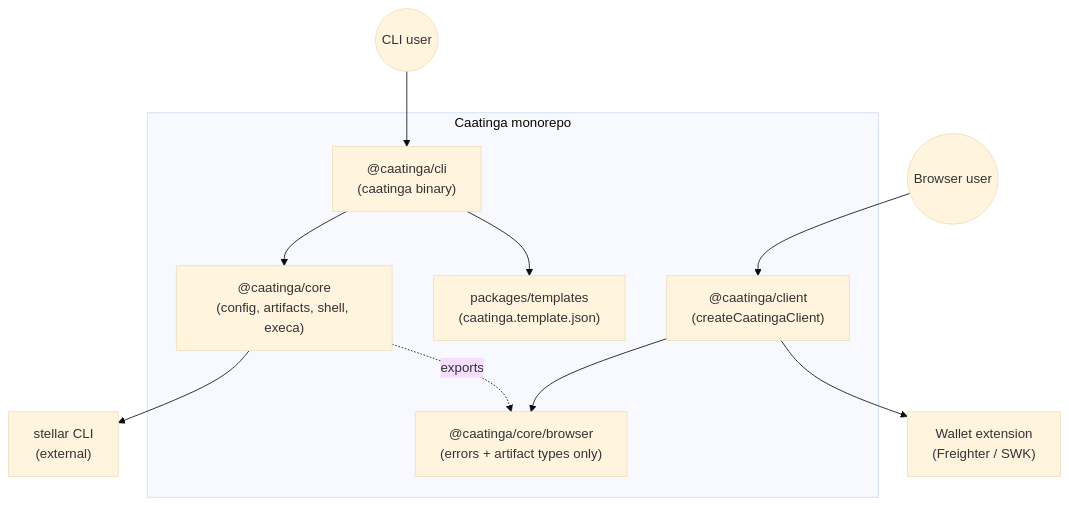
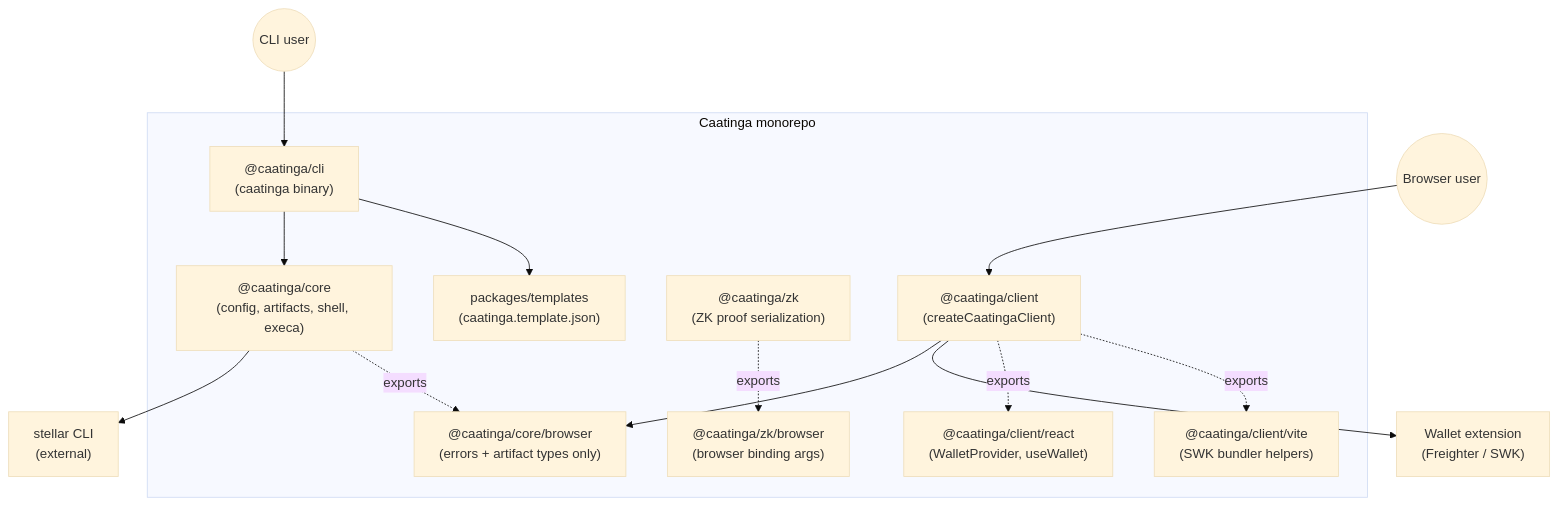
Before and after one commit to Dione-b/caatinga: the second of 2 diagrams in docs/architecture.md, drawn with Mermaid (base theme). The commit also changed other lines of this file and 14 other files, not shown here.

````diff
--- a/docs/architecture.md
+++ b/docs/architecture.md
@@ -98,25 +97,32 @@
 ```mermaid
 graph TD
   user((CLI user))
   dev((Browser user))
 
   subgraph monorepo[Caatinga monorepo]
     cli["@caatinga/cli<br/>(caatinga binary)"]
     core["@caatinga/core<br/>(config, artifacts, shell, execa)"]
     coreBrowser["@caatinga/core/browser<br/>(errors + artifact types only)"]
     client["@caatinga/client<br/>(createCaatingaClient)"]
+    clientReact["@caatinga/client/react<br/>(WalletProvider, useWallet)"]
+    clientVite["@caatinga/client/vite<br/>(SWK bundler helpers)"]
+    zk["@caatinga/zk<br/>(ZK proof serialization)"]
+    zkBrowser["@caatinga/zk/browser<br/>(browser binding args)"]
     templates["packages/templates<br/>(caatinga.template.json)"]
   end
 
   stellarCli["stellar CLI<br/>(external)"]
   walletExt["Wallet extension<br/>(Freighter / SWK)"]
 
   user --> cli
   cli --> core
   cli --> templates
   core --> stellarCli
   core -.exports.-> coreBrowser
   client --> coreBrowser
   client --> walletExt
+  client -.exports.-> clientReact
+  client -.exports.-> clientVite
+  zk -.exports.-> zkBrowser
   dev --> client
 ```
````
